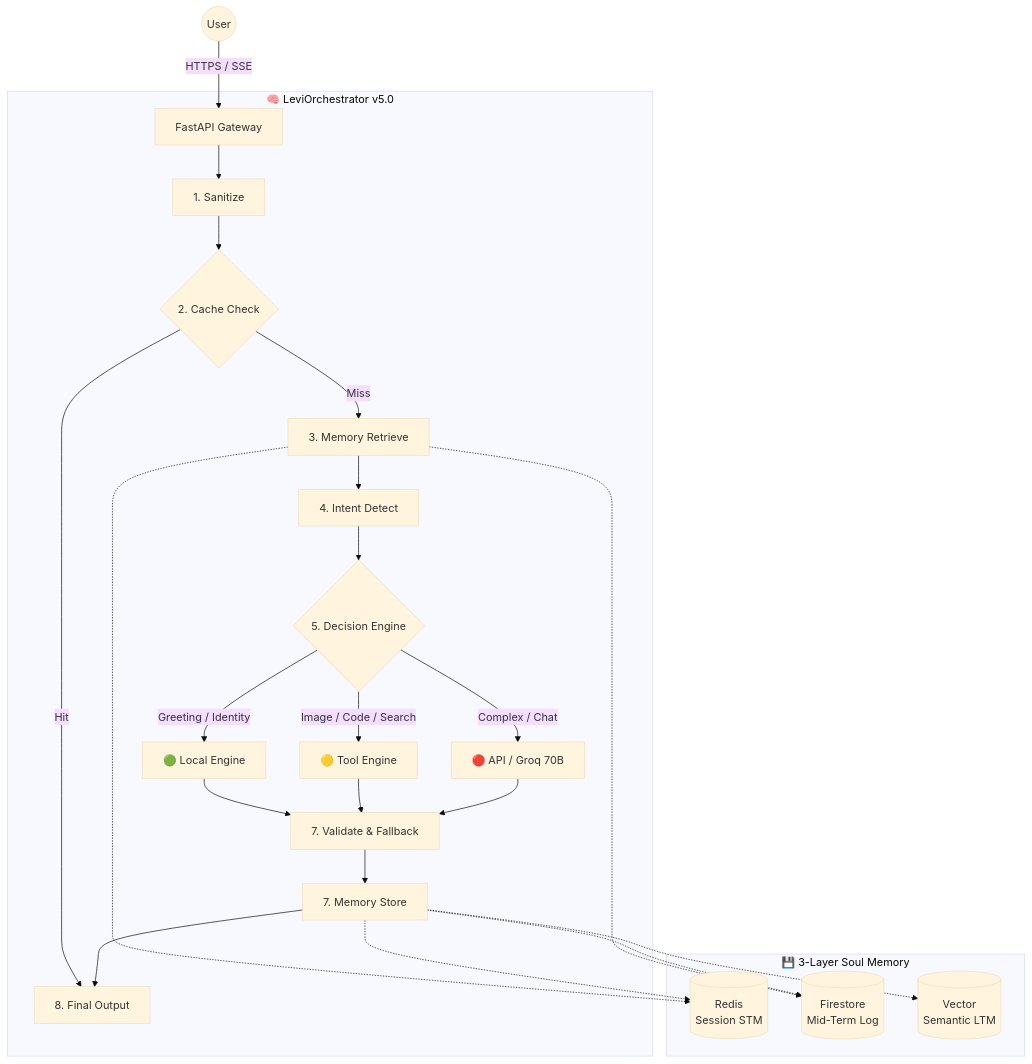
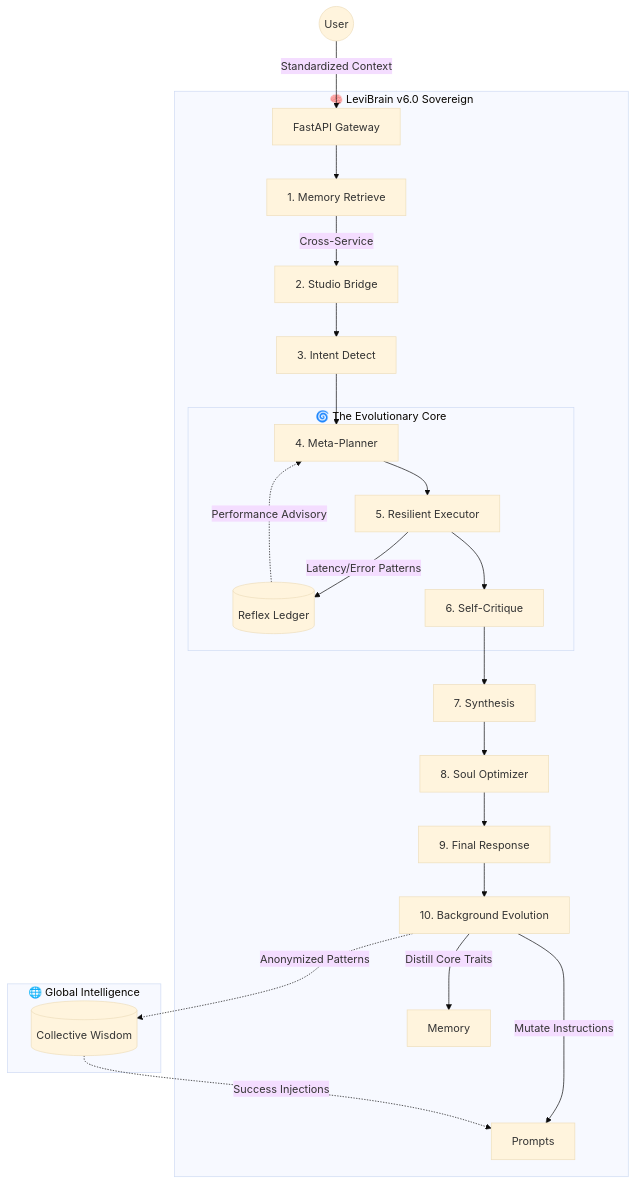
One commit to Blackdrg/levi-ai-innovate changed the diagram in README.md. Above: the diagram before and after it, drawn with Mermaid (base theme). The commit also changed other lines of this file and 68 other files, not shown here.

Commit message:
Hardening LEVI-AI Production: GCP-Native Architecture, Atomic Credits, and Hardened Synchronisation

````diff
--- a/README.md
+++ b/README.md
@@ -27,31 +28,31 @@
 ```mermaid
 graph TD
-    User((User)) -->|HTTPS / SSE| GW[FastAPI Gateway]
+    User((User)) -->|Standardized Context| GW[FastAPI Gateway]
 
-    subgraph Brain ["🧠 LeviOrchestrator v5.0"]
-        GW --> San[1. Sanitize]
-         San --> Cache{2. Cache Check}
-        Cache -->|Hit| Out[8. Final Output]
-        Cache -->|Miss| Mem[3. Memory Retrieve]
-        Mem --> Int[4. Intent Detect]
-        Int --> Dec{5. Decision Engine}
+    subgraph Brain ["🧠 LeviBrain v6.0 Sovereign"]
+        GW --> Mem[1. Memory Retrieve]
+        Mem -->|Cross-Service| Bridge[2. Studio Bridge]
+        Bridge --> Int[3. Intent Detect]
+        Int --> Meta[4. Meta-Planner]
+        
+        subgraph Evolution ["🌀 The Evolutionary Core"]
+            Ledger[(Reflex Ledger)] -.->|Performance Advisory| Meta
+            Meta --> Exec[5. Resilient Executor]
+            Exec -->|Latency/Error Patterns| Ledger
+            Exec --> Val[6. Self-Critique]
+        end
 
-        Dec -->|Greeting / Identity| Local[🟢 Local Engine]
-        Dec -->|Image / Code / Search| Tool[🟡 Tool Engine]
-        Dec -->|Complex / Chat| API[🔴 API / Groq 70B]
-
-        Local --> Val[7. Validate & Fallback]
-        Tool  --> Val
-        API   --> Val
-        Val   --> Store[7. Memory Store]
-        Store --> Out
+        Val --> Synth[7. Synthesis]
+        Synth --> Opt[8. Soul Optimizer]
+        Opt --> Out[9. Final Response]
+        
+        Out --> Learn[10. Background Evolution]
+        Learn -->|Distill Core Traits| Memory
+        Learn -->|Mutate Instructions| Prompts
     end
 
-    subgraph Storage ["💾 3-Layer Soul Memory"]
-        Mem -.-> Redis[(Redis\nSession STM)]
-        Mem -.-> FS[(Firestore\nMid-Term Log)]
-        Store -.-> Redis
-        Store -.-> FS
-        Store -.-> Vec[(Vector\nSemantic LTM)]
+    subgraph Collective ["🌐 Global Intelligence"]
+        Learn -.->|Anonymized Patterns| Shared[(Collective Wisdom)]
+        Shared -.->|Success Injections| Prompts
     end
 ```
````
